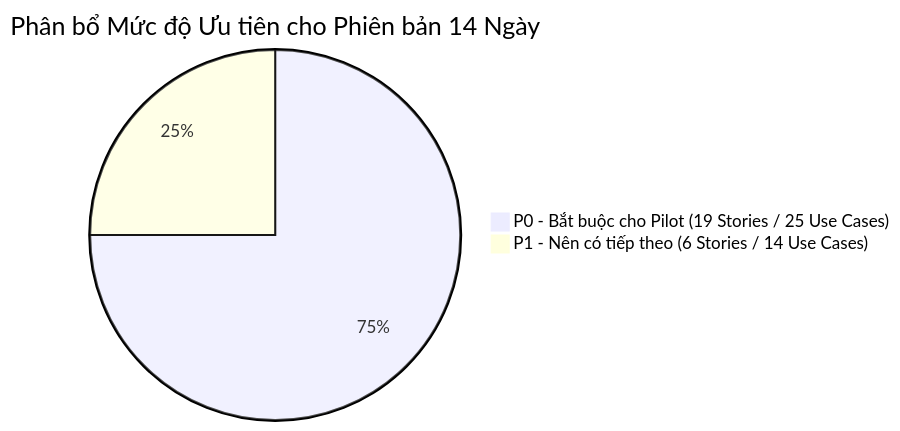
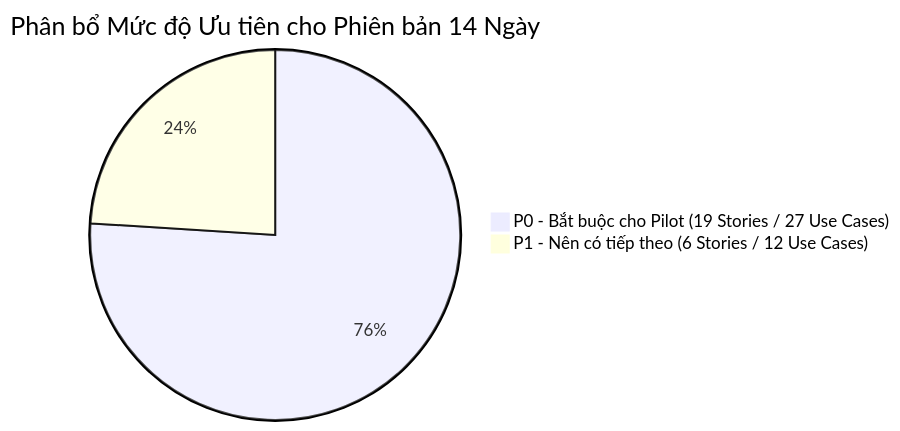
One commit to cuonglpv/VFast changed the first of 2 diagrams in docs/01-MVP.md. Above: the diagram before and after it, drawn with Mermaid. The commit also changed other lines of this file and 3 other files, not shown here.

````diff
--- a/docs/01-MVP.md
+++ b/docs/01-MVP.md
@@ -46,5 +46,5 @@
 ```mermaid
 pie title Phân bổ Mức độ Ưu tiên cho Phiên bản 14 Ngày
-    "P0 - Bắt buộc cho Pilot (19 Stories / 25 Use Cases)" : 75
-    "P1 - Nên có tiếp theo (6 Stories / 14 Use Cases)" : 25
+    "P0 - Bắt buộc cho Pilot (19 Stories / 27 Use Cases)" : 19
+    "P1 - Nên có tiếp theo (6 Stories / 12 Use Cases)" : 6
 ```
````
